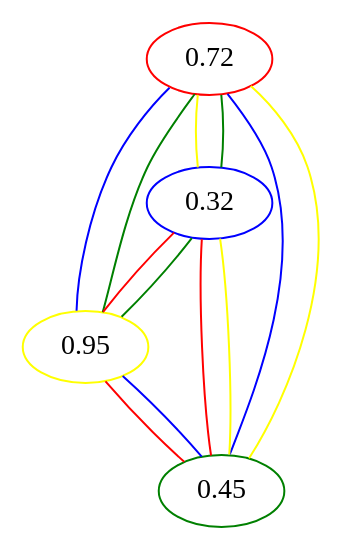
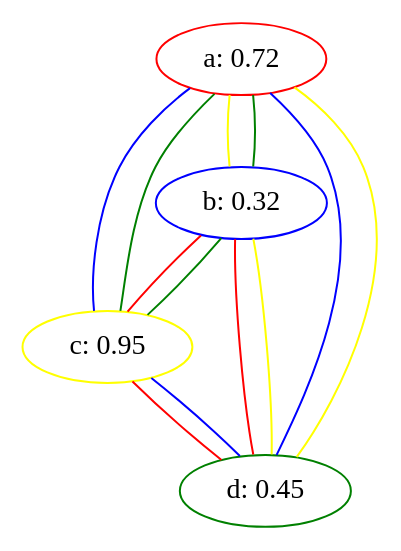
Before and after one commit to Bracktus/Noisy-Tournament-Ranking: the diagram in final/docs/figures/sources/fig1.dot, drawn with Graphviz. The commit also changed 6 other files, not shown here.

```diff
--- a/final/docs/figures/sources/fig1.dot
+++ b/final/docs/figures/sources/fig1.dot
@@ -1,20 +1,20 @@
 graph {
-    a[label="0.72", color="red"]
-    b[label="0.32", color="blue"]
-    c[label="0.95", color="yellow"]
-    d[label="0.45", color="green"]
+    a[label="a: 0.72", color="red"]
+    b[label="b: 0.32", color="blue"]
+    c[label="c: 0.95", color="yellow"]
+    d[label="d: 0.45", color="green"]
 
     edge [len=3]
     a -- b[color="yellow"]
     a -- b[color="green"]
     a -- c[color="blue"]
     a -- c[color="green"]
     a -- d[color="blue"]
     a -- d[color="yellow"]
     b -- c[color="red"]
     b -- c[color="green"]
     b -- d[color="red"]
     b -- d[color="yellow"]
     c -- d[color="red"]
     c -- d[color="blue"]
 }
```
